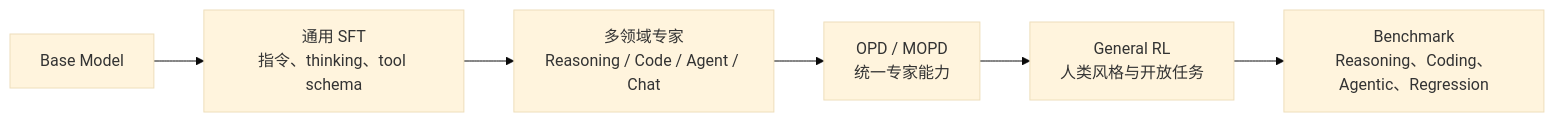
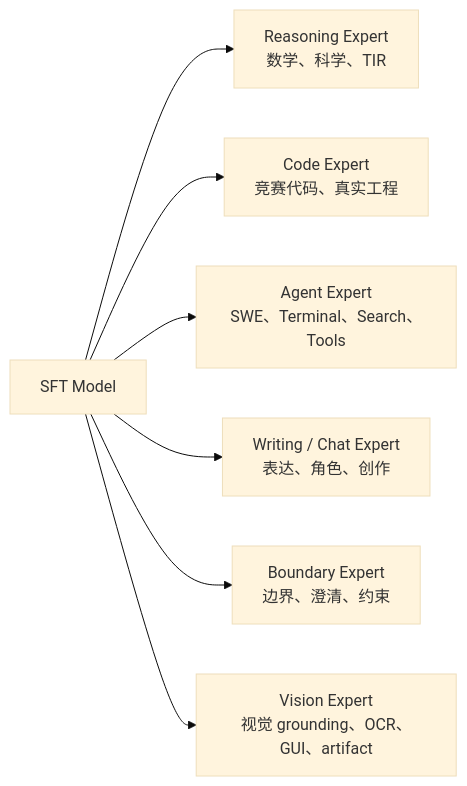
Before and after one commit to mssssss123/LLM-PostTrain-CookBook: the third of 4 diagrams in docs/01-overview.md, drawn with Mermaid (base theme). The commit also changed other lines of this file and 5 other files, not shown here.

````diff
--- a/docs/01-overview.md
+++ b/docs/01-overview.md
@@ -119,8 +204,9 @@
 ```mermaid
 flowchart LR
-    A["Base Model"] --> B["通用 SFT<br/>指令、thinking、tool schema"]
-    B --> C["多领域专家<br/>Reasoning / Code / Agent / Chat"]
-    C --> D["OPD / MOPD<br/>统一专家能力"]
-    D --> E["General RL<br/>人类风格与开放任务"]
-    E --> F["Benchmark<br/>Reasoning、Coding、Agentic、Regression"]
+    S["SFT Model"] --> R["Reasoning Expert<br/>数学、科学、TIR"]
+    S --> C["Code Expert<br/>竞赛代码、真实工程"]
+    S --> A["Agent Expert<br/>SWE、Terminal、Search、Tools"]
+    S --> W["Writing / Chat Expert<br/>表达、角色、创作"]
+    S --> Bnd["Boundary Expert<br/>边界、澄清、约束"]
+    S --> V["Vision Expert<br/>视觉 grounding、OCR、GUI、artifact"]
 ```
````
